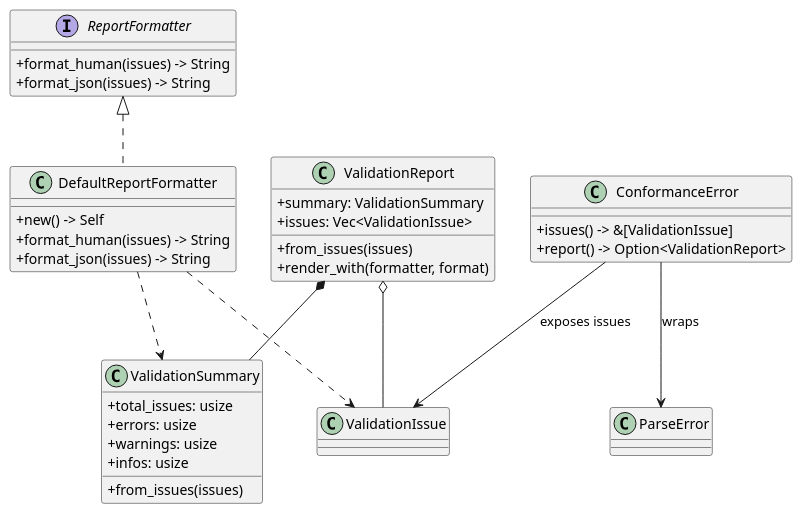
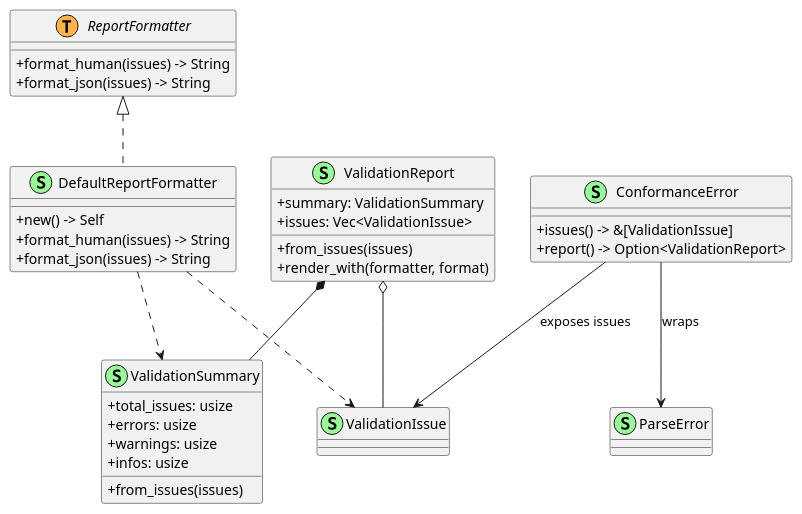
Before and after one commit to hurenkam/ezkvm: the third of 4 diagrams in doc/dev/architecture/design/vm-spec-parsing-validation.md, drawn with PlantUML. The commit also changed other lines of this file and 3 other files, not shown here.

Commit message:
improved class diagrams

````diff
--- a/doc/dev/architecture/design/vm-spec-parsing-validation.md
+++ b/doc/dev/architecture/design/vm-spec-parsing-validation.md
@@ -136,47 +136,47 @@
 ```plantuml
 @startuml
 skinparam classAttributeIconSize 0
 
-class ValidationSummary {
+class ValidationSummary << (S,#98FB98) >> {
   +total_issues: usize
   +errors: usize
   +warnings: usize
   +infos: usize
   +from_issues(issues)
 }
 
-class ValidationReport {
+class ValidationReport << (S,#98FB98) >> {
   +summary: ValidationSummary
   +issues: Vec<ValidationIssue>
   +from_issues(issues)
   +render_with(formatter, format)
 }
 
-interface ReportFormatter {
+interface ReportFormatter << (T,#FFB347) >> {
   +format_human(issues) -> String
   +format_json(issues) -> String
 }
 
-class DefaultReportFormatter {
+class DefaultReportFormatter << (S,#98FB98) >> {
   +new() -> Self
   +format_human(issues) -> String
   +format_json(issues) -> String
 }
 
-class ConformanceError {
+class ConformanceError << (S,#98FB98) >> {
   +issues() -> &[ValidationIssue]
   +report() -> Option<ValidationReport>
 }
 
-class ValidationIssue
-class ParseError
+class ValidationIssue << (S,#98FB98) >>
+class ParseError << (S,#98FB98) >>
 
 ReportFormatter <|.. DefaultReportFormatter
 ConformanceError --> ParseError : wraps
 ConformanceError --> ValidationIssue : exposes issues
 ValidationReport *-- ValidationSummary
 ValidationReport o-- ValidationIssue
 DefaultReportFormatter ..> ValidationIssue
 DefaultReportFormatter ..> ValidationSummary
 @enduml
 ```
````
